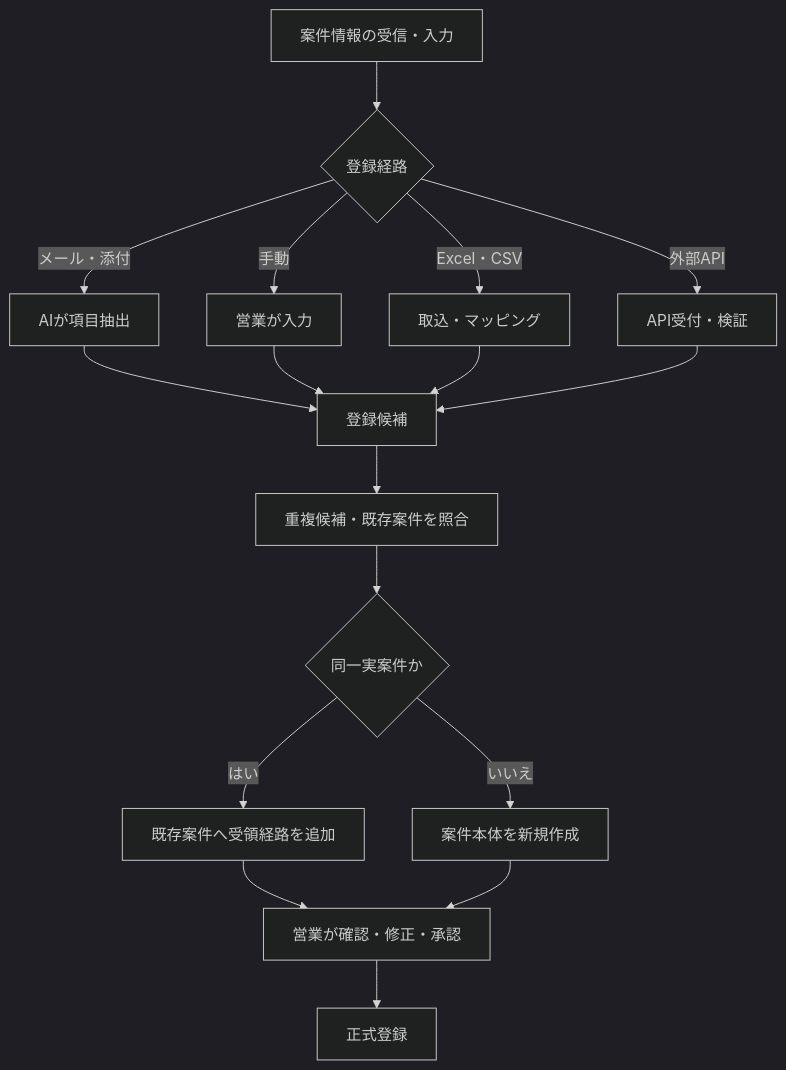
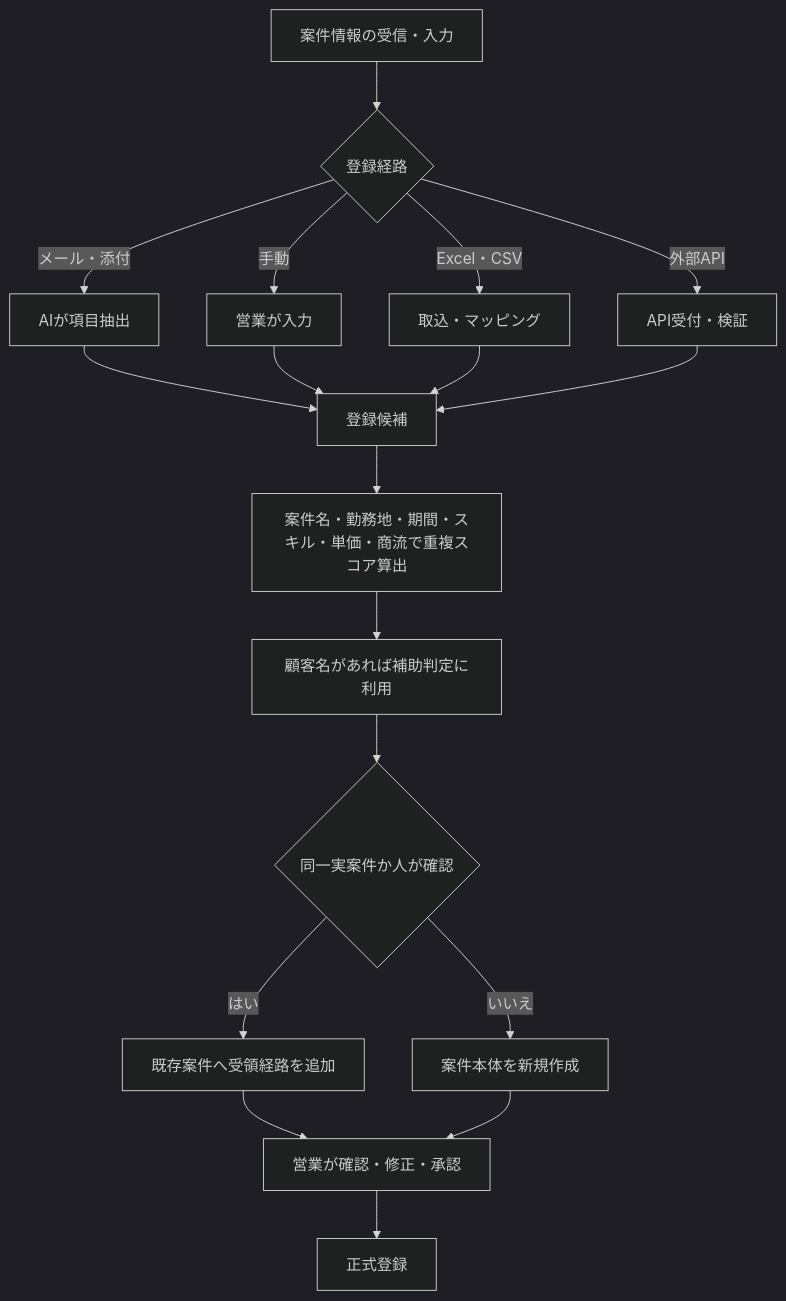
The first of 5 diagrams in docs/03_業務フロー.md (e-bluewave/ses-navigator), drawn with Mermaid (dark theme) before and after one commit. The commit also changed other lines of this file, not shown here.

````diff
--- a/docs/03_業務フロー.md
+++ b/docs/03_業務フロー.md
@@ -22,19 +25,20 @@
 ```mermaid
 flowchart TD
     A[案件情報の受信・入力] --> B{登録経路}
     B -->|メール・添付| C[AIが項目抽出]
     B -->|手動| D[営業が入力]
     B -->|Excel・CSV| E[取込・マッピング]
     B -->|外部API| F[API受付・検証]
     C --> G[登録候補]
     D --> G
     E --> G
     F --> G
-    G --> H[重複候補・既存案件を照合]
-    H --> I{同一実案件か}
-    I -->|はい| J[既存案件へ受領経路を追加]
-    I -->|いいえ| K[案件本体を新規作成]
-    J --> L[営業が確認・修正・承認]
-    K --> L
-    L --> M[正式登録]
+    G --> H[案件名・勤務地・期間・スキル・単価・商流で重複スコア算出]
+    H --> I[顧客名があれば補助判定に利用]
+    I --> J{同一実案件か人が確認}
+    J -->|はい| K[既存案件へ受領経路を追加]
+    J -->|いいえ| L[案件本体を新規作成]
+    K --> M[営業が確認・修正・承認]
+    L --> M
+    M --> N[正式登録]
 ```
````
